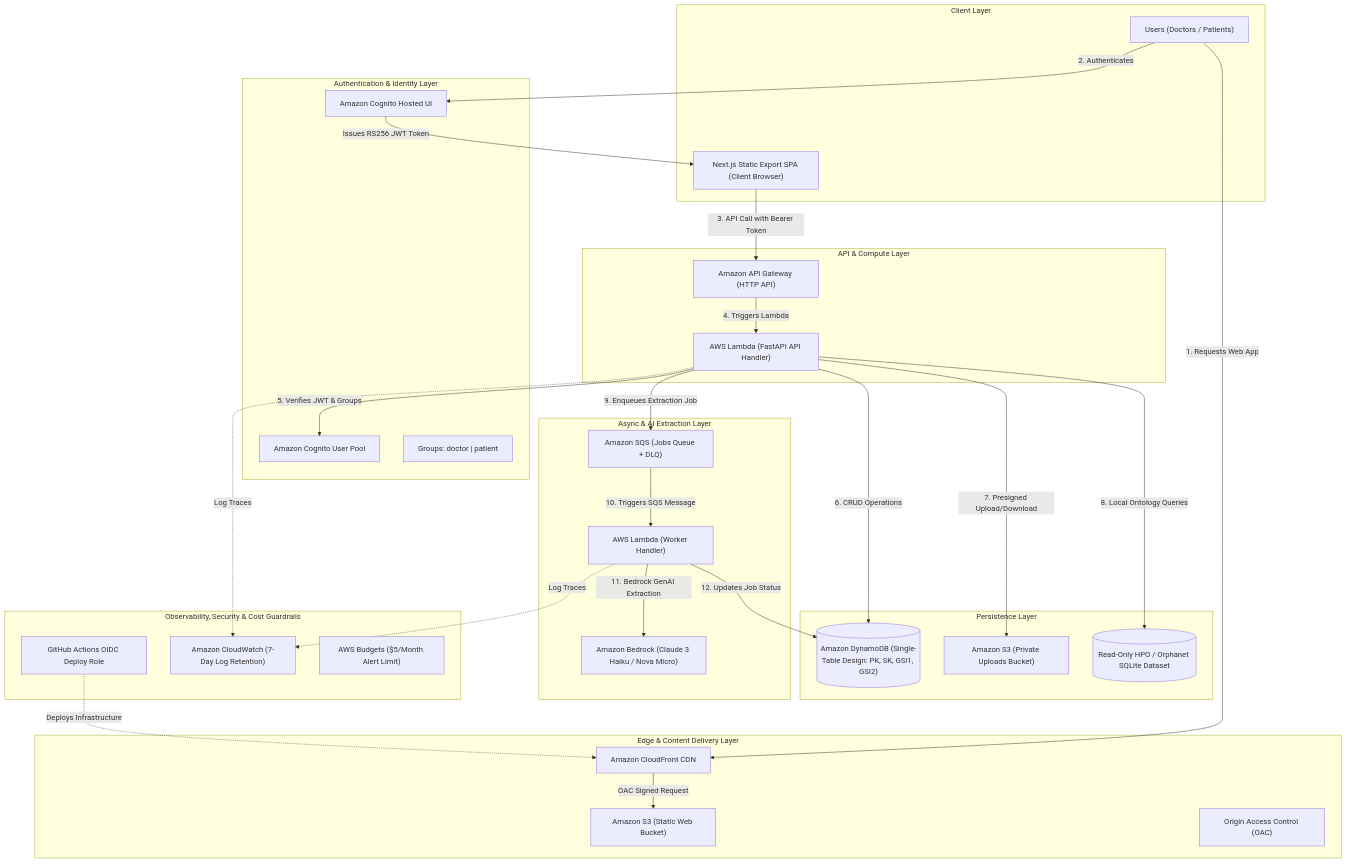
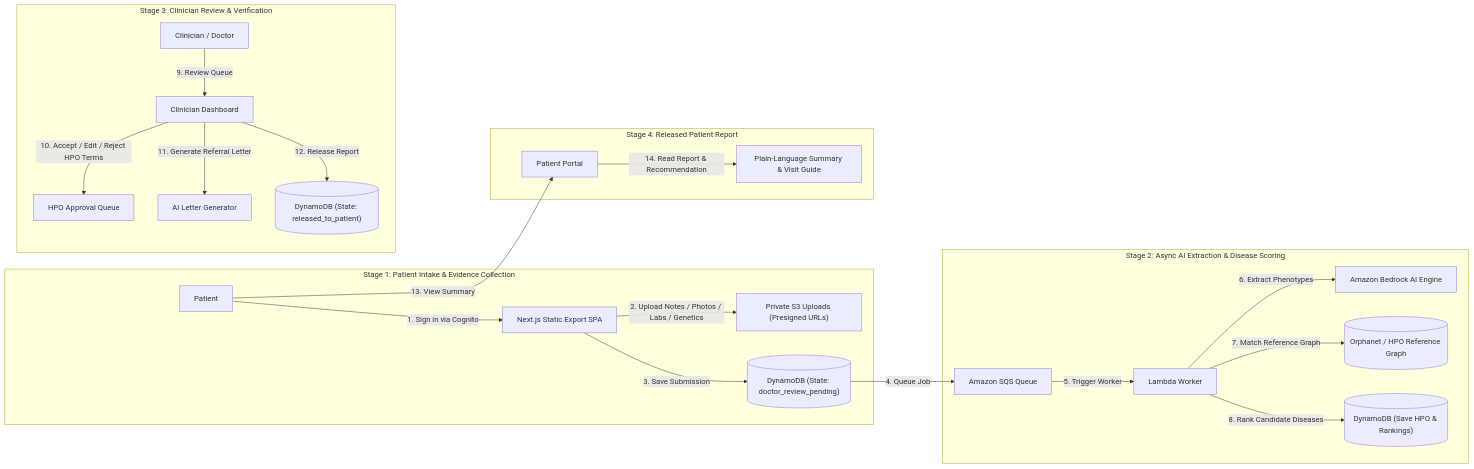
Before and after one commit to vees-1/lumina-aws: the diagram in docs/aws-architecture.md, drawn with Mermaid. The commit also changed other lines of this file, not shown here.

Commit message:
docs: update architecture documentation to functional workflow

````diff
--- a/docs/aws-architecture.md
+++ b/docs/aws-architecture.md
@@ -5,69 +5,28 @@
 ```mermaid
-graph TB
-    subgraph Client ["Client Layer"]
-        Users["Users (Doctors / Patients)"]
-        Browser["Next.js Static Export SPA (Client Browser)"]
+flowchart LR
+    subgraph Stage1 ["Stage 1: Patient Intake & Evidence Collection"]
+        P["Patient"] -->|1. Sign in via Cognito| WebSPA["Next.js Static Export SPA"]
+        WebSPA -->|2. Upload Notes / Photos / Labs / Genetics| S3Private["Private S3 Uploads (Presigned URLs)"]
+        WebSPA -->|3. Save Submission| DDB1[("DynamoDB (State: doctor_review_pending)")]
     end
 
-    subgraph Edge ["Edge & Content Delivery Layer"]
-        CloudFront["Amazon CloudFront CDN"]
-        S3Web["Amazon S3 (Static Web Bucket)"]
-        OAC["Origin Access Control (OAC)"]
+    subgraph Stage2 ["Stage 2: Async AI Extraction & Disease Scoring"]
+        DDB1 -->|4. Queue Job| SQS["Amazon SQS Queue"]
+        SQS -->|5. Trigger Worker| Worker["Lambda Worker"]
+        Worker -->|6. Extract Phenotypes| Bedrock["Amazon Bedrock AI Engine"]
+        Worker -->|7. Match Reference Graph| ReferenceDB[("Orphanet / HPO Reference Graph")]
+        Worker -->|8. Rank Candidate Diseases| DDB2[("DynamoDB (Save HPO & Rankings)")]
     end
 
-    subgraph Auth ["Authentication & Identity Layer"]
-        CognitoUI["Amazon Cognito Hosted UI"]
-        CognitoPool["Amazon Cognito User Pool"]
-        UserPoolGroups["Groups: doctor | patient"]
+    subgraph Stage3 ["Stage 3: Clinician Review & Verification"]
+        Doc["Clinician / Doctor"] -->|9. Review Queue| DocDash["Clinician Dashboard"]
+        DocDash -->|10. Accept / Edit / Reject HPO Terms| HPOQueue["HPO Approval Queue"]
+        DocDash -->|11. Generate Referral Letter| AIProvider["AI Letter Generator"]
+        DocDash -->|12. Release Report| DDB3[("DynamoDB (State: released_to_patient)")]
     end
 
-    subgraph API ["API & Compute Layer"]
-        APIGateway["Amazon API Gateway (HTTP API)"]
-        LambdaAPI["AWS Lambda (FastAPI API Handler)"]
+    subgraph Stage4 ["Stage 4: Released Patient Report"]
+        P -->|13. View Summary| PatientDash["Patient Portal"]
+        PatientDash -->|14. Read Report & Recommendation| Report["Plain-Language Summary & Visit Guide"]
     end
-
-    subgraph Persistence ["Persistence Layer"]
-        DynamoDB[("Amazon DynamoDB (Single-Table Design: PK, SK, GSI1, GSI2)")]
-        S3Uploads["Amazon S3 (Private Uploads Bucket)"]
-        RefSQLite[("Read-Only HPO / Orphanet SQLite Dataset")]
-    end
-
-    subgraph AsyncAI ["Async & AI Extraction Layer"]
-        SQS["Amazon SQS (Jobs Queue + DLQ)"]
-        LambdaWorker["AWS Lambda (Worker Handler)"]
-        Bedrock["Amazon Bedrock (Claude 3 Haiku / Nova Micro)"]
-    end
-
-    subgraph Management ["Observability, Security & Cost Guardrails"]
-        OIDC["GitHub Actions OIDC Deploy Role"]
-        CloudWatch["Amazon CloudWatch (7-Day Log Retention)"]
-        Budgets["AWS Budgets ($5/Month Alert Limit)"]
-    end
-
-    %% User Flow Connections
-    Users -->|1. Requests Web App| CloudFront
-    CloudFront -->|OAC Signed Request| S3Web
-    Users -->|2. Authenticates| CognitoUI
-    CognitoUI -->|Issues RS256 JWT Token| Browser
-
-    %% API Request Flow
-    Browser -->|3. API Call with Bearer Token| APIGateway
-    APIGateway -->|4. Triggers Lambda| LambdaAPI
-    LambdaAPI -->|5. Verifies JWT & Groups| CognitoPool
-
-    %% Data Storage Flow
-    LambdaAPI -->|6. CRUD Operations| DynamoDB
-    LambdaAPI -->|7. Presigned Upload/Download| S3Uploads
-    LambdaAPI -->|8. Local Ontology Queries| RefSQLite
-
-    %% Async Jobs Flow
-    LambdaAPI -->|9. Enqueues Extraction Job| SQS
-    SQS -->|10. Triggers SQS Message| LambdaWorker
-    LambdaWorker -->|11. Bedrock GenAI Extraction| Bedrock
-    LambdaWorker -->|12. Updates Job Status| DynamoDB
-
-    %% Observability & Security
-    LambdaAPI -.->|Log Traces| CloudWatch
-    LambdaWorker -.->|Log Traces| CloudWatch
-    OIDC -.->|Deploys Infrastructure| CloudFront
 ```
````
